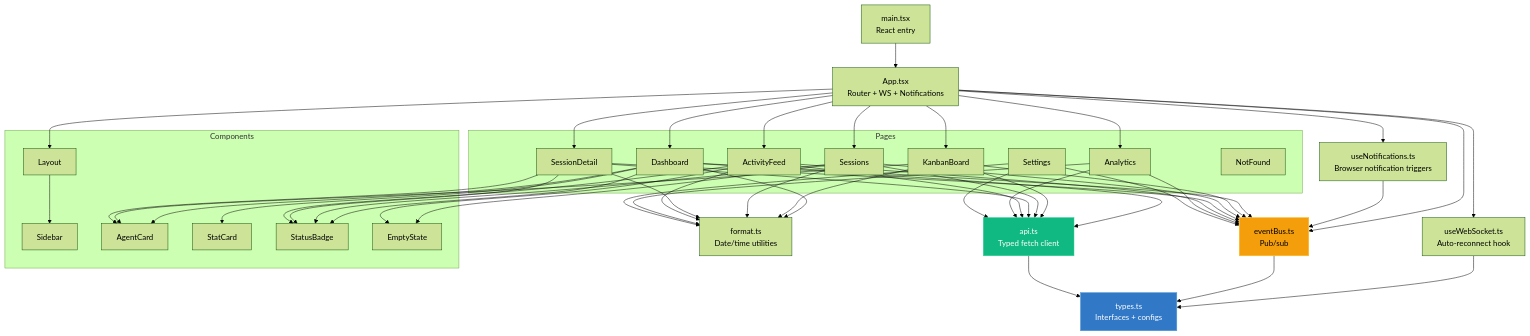
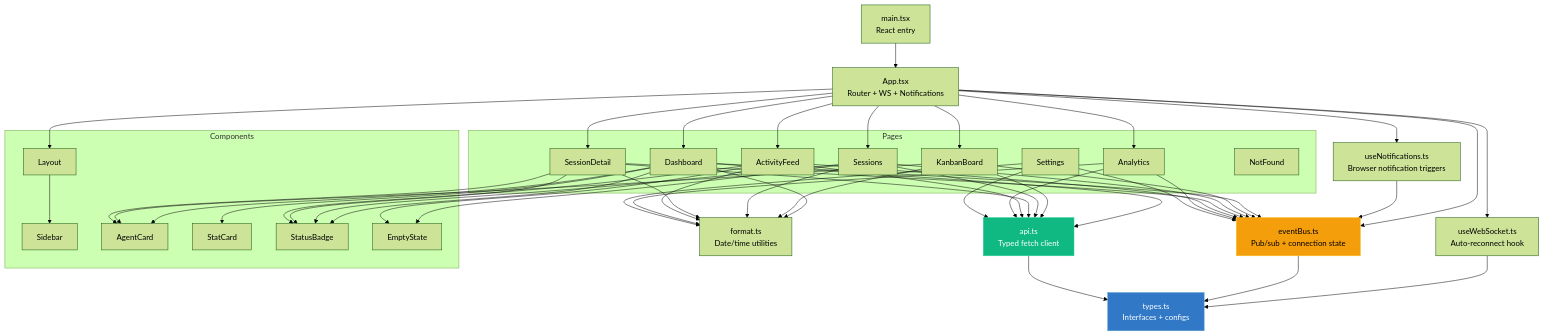
Before and after one commit to mirkanu/gsd-dashboard: the eighth of 21 diagrams in ARCHITECTURE.md, drawn with Mermaid (forest theme). The commit also changed other lines of this file and 20 other files, not shown here.

````diff
--- a/ARCHITECTURE.md
+++ b/ARCHITECTURE.md
@@ -327,60 +329,60 @@
 ```mermaid
 graph TD
     MAIN["main.tsx<br/>React entry"]
     APP["App.tsx<br/>Router + WS + Notifications"]
-    EB["eventBus.ts<br/>Pub/sub"]
+    EB["eventBus.ts<br/>Pub/sub + connection state"]
     WS["useWebSocket.ts<br/>Auto-reconnect hook"]
     NOTIF["useNotifications.ts<br/>Browser notification triggers"]
     API["api.ts<br/>Typed fetch client"]
     TYPES["types.ts<br/>Interfaces + configs"]
     FMT["format.ts<br/>Date/time utilities"]
 
     MAIN --> APP
     APP --> WS
     APP --> EB
     APP --> NOTIF
     NOTIF --> EB
     WS --> TYPES
     EB --> TYPES
 
     subgraph Pages
         D[Dashboard]
         K[KanbanBoard]
         S[Sessions]
         SD[SessionDetail]
         AF[ActivityFeed]
         AN[Analytics]
         SET[Settings]
         NF[NotFound]
     end
 
     APP --> D & K & S & SD & AF & AN
     D & K & S & SD & AF & AN --> API
     D & K & S & SD & AF & AN --> EB
     D & K & S & SD & AF & AN --> FMT
     SET --> API
     SET --> EB
     SET --> FMT
     API --> TYPES
 
     subgraph Components
         L[Layout]
         SB[Sidebar]
         AGC[AgentCard]
         STC[StatCard]
         STB[StatusBadge]
         ES[EmptyState]
     end
 
     D --> STC & AGC & STB
     K --> AGC
     S --> STB & ES
     SD --> AGC & STB
     AF --> STB & ES
     APP --> L
     L --> SB
 
     style TYPES fill:#3178C6,stroke:#5a9fd4,color:#fff
     style EB fill:#f59e0b,stroke:#fbbf24,color:#000
     style API fill:#10b981,stroke:#34d399,color:#fff
 ```
````
